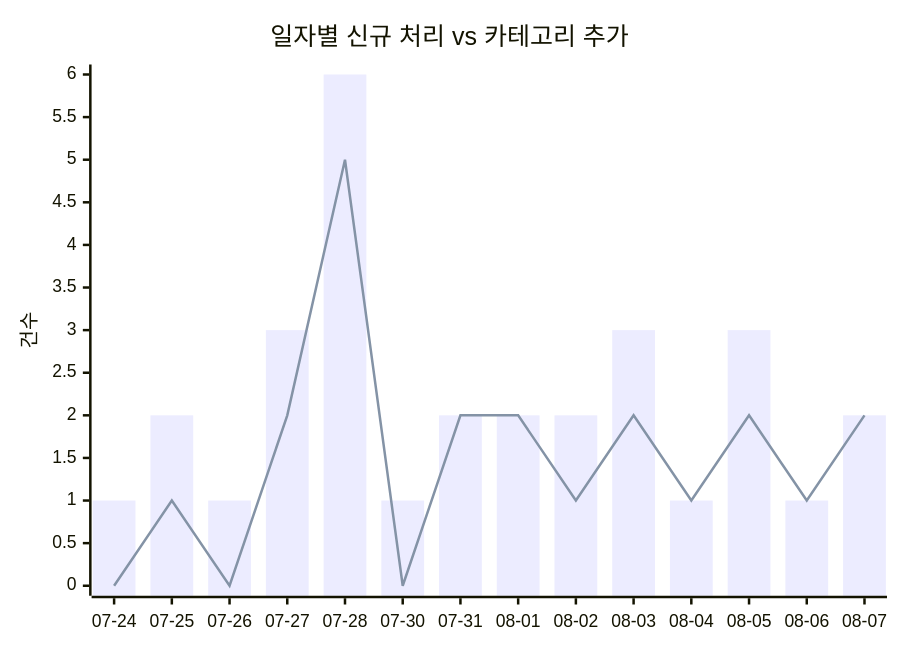
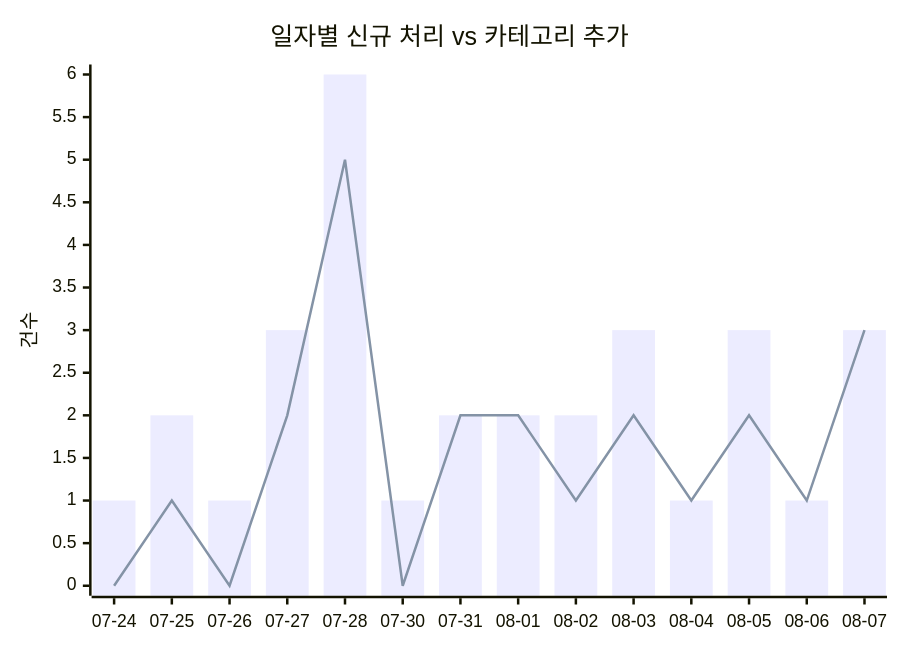
The first of 2 diagrams in docs/trends.md (J-nowcow/awesome-korean-agent-skills), drawn with Mermaid before and after one commit. The commit also changed other lines of this file and 3 other files, not shown here.

````diff
--- a/docs/trends.md
+++ b/docs/trends.md
@@ -32,8 +32,8 @@
 ```mermaid
 xychart-beta
     title "일자별 신규 처리 vs 카테고리 추가"
     x-axis ["07-24","07-25","07-26","07-27","07-28","07-30","07-31","08-01","08-02","08-03","08-04","08-05","08-06","08-07"]
     y-axis "건수"
-    bar [1,2,1,3,6,1,2,2,2,3,1,3,1,2]
-    line [0,1,0,2,5,0,2,2,1,2,1,2,1,2]
+    bar [1,2,1,3,6,1,2,2,2,3,1,3,1,3]
+    line [0,1,0,2,5,0,2,2,1,2,1,2,1,3]
 ```
````
